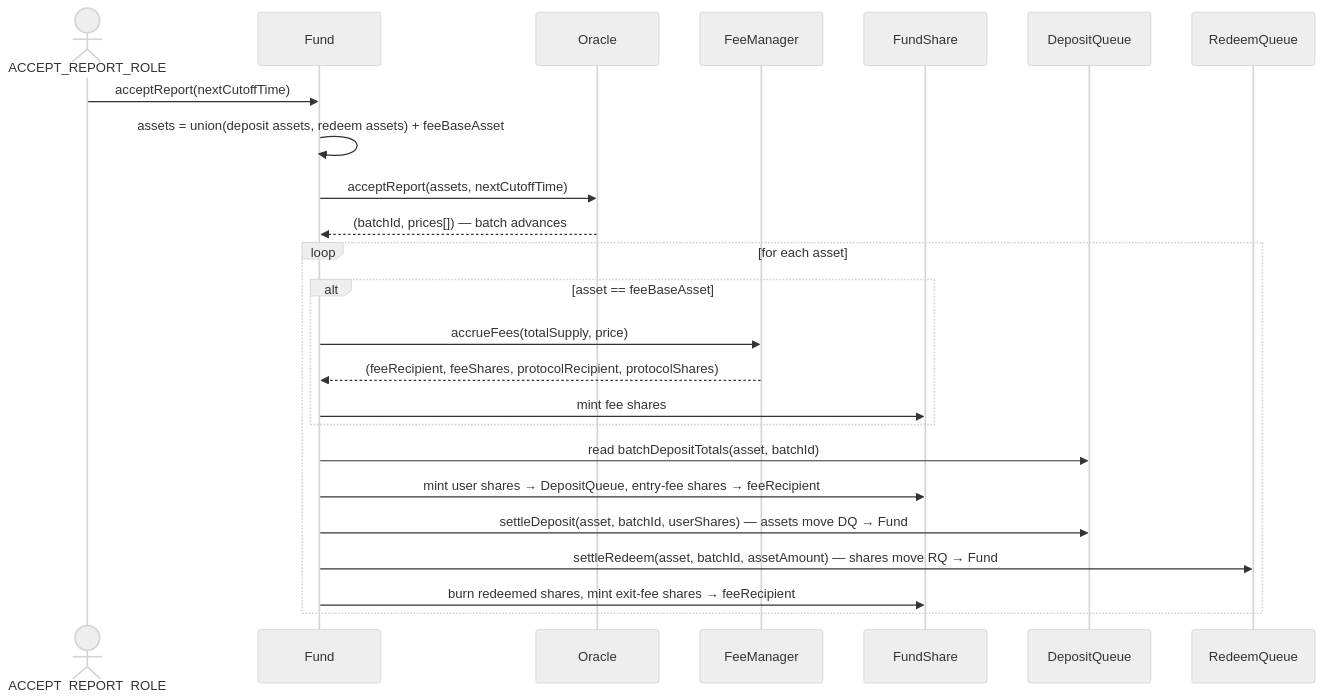
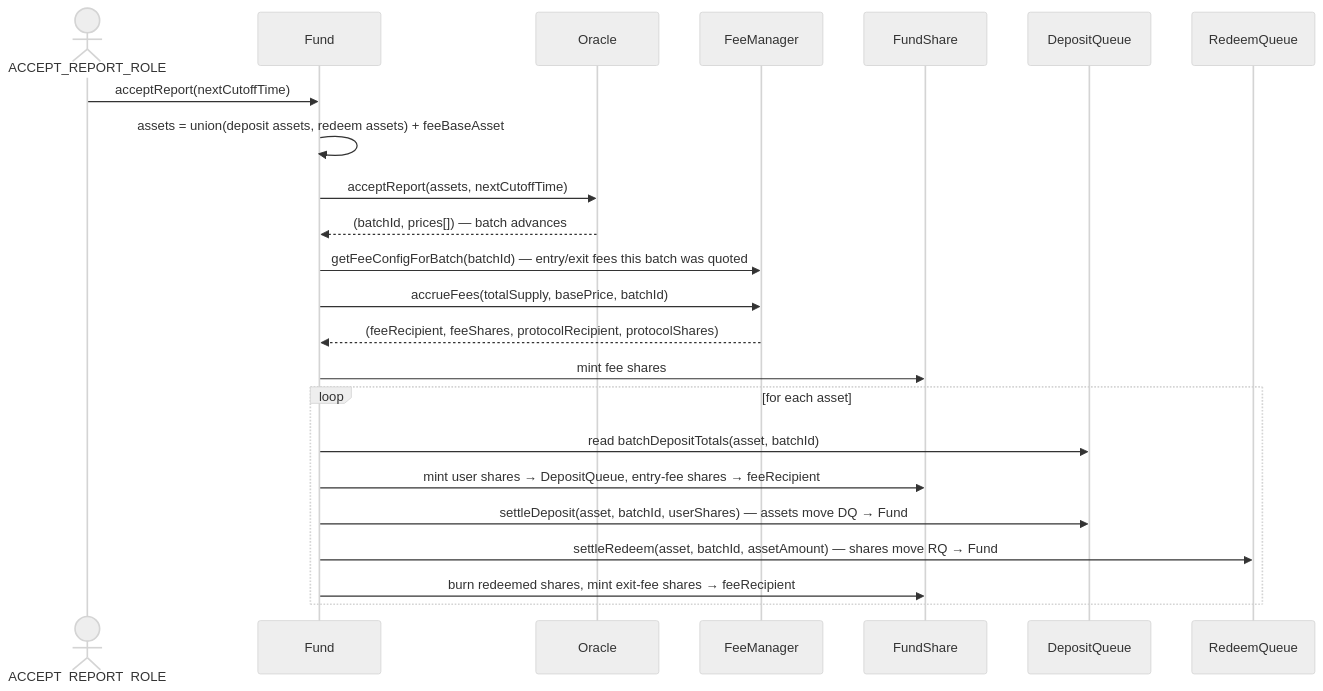
Before and after one commit to zentryHQ/redpotion-contracts: the diagram in docs/Fund.md, drawn with Mermaid (neutral theme). The commit also changed other lines of this file and 8 other files, not shown here.

````diff
--- a/docs/Fund.md
+++ b/docs/Fund.md
@@ -32,27 +32,26 @@
 ```mermaid
 sequenceDiagram
     actor Op as ACCEPT_REPORT_ROLE
     participant F as Fund
     participant O as Oracle
     participant FM as FeeManager
     participant S as FundShare
     participant DQ as DepositQueue
     participant RQ as RedeemQueue
 
     Op->>F: acceptReport(nextCutoffTime)
     F->>F: assets = union(deposit assets, redeem assets) + feeBaseAsset
     F->>O: acceptReport(assets, nextCutoffTime)
     O-->>F: (batchId, prices[]) — batch advances
+    F->>FM: getFeeConfigForBatch(batchId) — entry/exit fees this batch was quoted
+    F->>FM: accrueFees(totalSupply, basePrice, batchId)
+    FM-->>F: (feeRecipient, feeShares, protocolRecipient, protocolShares)
+    F->>S: mint fee shares
     loop for each asset
-        alt asset == feeBaseAsset
-            F->>FM: accrueFees(totalSupply, price)
-            FM-->>F: (feeRecipient, feeShares, protocolRecipient, protocolShares)
-            F->>S: mint fee shares
-        end
         F->>DQ: read batchDepositTotals(asset, batchId)
         F->>S: mint user shares → DepositQueue, entry-fee shares → feeRecipient
         F->>DQ: settleDeposit(asset, batchId, userShares) — assets move DQ → Fund
         F->>RQ: settleRedeem(asset, batchId, assetAmount) — shares move RQ → Fund
         F->>S: burn redeemed shares, mint exit-fee shares → feeRecipient
     end
 ```
````
